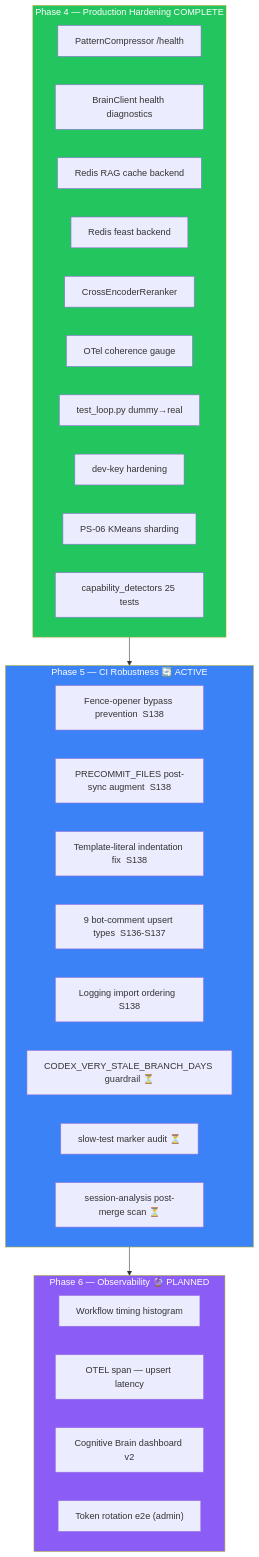
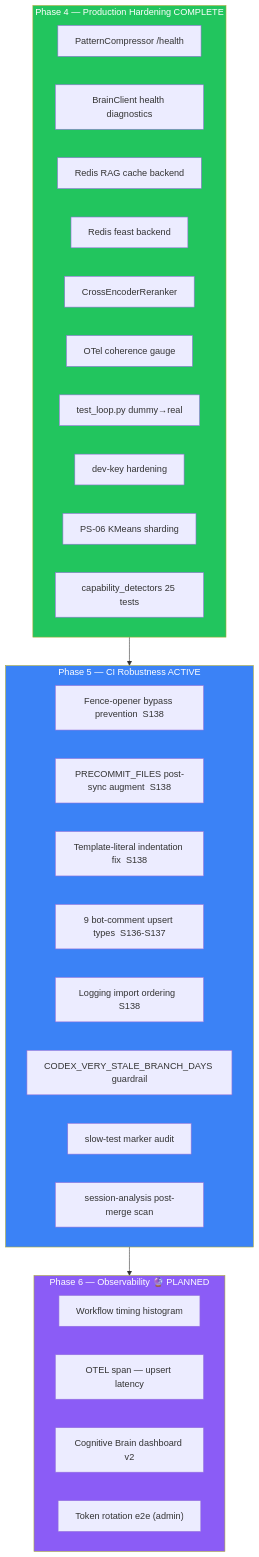
Before and after one commit to Aries-Serpent/_codex_: the diagram in docs/cognitive_brain/DEAD_CODE_IMPROVEMENT_PLAN.md, drawn with Mermaid. The commit also changed other lines of this file and 1989 other files, not shown here.

````diff
--- a/docs/cognitive_brain/DEAD_CODE_IMPROVEMENT_PLAN.md
+++ b/docs/cognitive_brain/DEAD_CODE_IMPROVEMENT_PLAN.md
@@ -174,41 +174,41 @@
 ```mermaid
 %%{init: {'accessibility': {'title': 'Flowchart showing "Phase 4 — Production Hardening  COMPLETE", "PatternCompressor /health "'}}%%
 flowchart TD
     subgraph P4["Phase 4 — Production Hardening  COMPLETE"]
         P4A["PatternCompressor /health "]
         P4B["BrainClient health diagnostics "]
         P4C["Redis RAG cache backend "]
         P4D["Redis feast backend "]
         P4E["CrossEncoderReranker "]
         P4F["OTel coherence gauge "]
         P4G["test_loop.py dummy→real "]
         P4H["dev-key hardening "]
         P4I["PS-06 KMeans sharding "]
         P4J["capability_detectors 25 tests "]
     end
 
-    subgraph P5["Phase 5 — CI Robustness 🔄 ACTIVE"]
+    subgraph P5["Phase 5 — CI Robustness  ACTIVE"]
         P5A["Fence-opener bypass prevention  S138"]
         P5B["PRECOMMIT_FILES post-sync augment  S138"]
         P5C["Template-literal indentation fix  S138"]
         P5D["9 bot-comment upsert types  S136-S137"]
         P5E["Logging import ordering  S138"]
-        P5F["CODEX_VERY_STALE_BRANCH_DAYS guardrail ⏳"]
-        P5G["slow-test marker audit ⏳"]
-        P5H["session-analysis post-merge scan ⏳"]
+        P5F["CODEX_VERY_STALE_BRANCH_DAYS guardrail "]
+        P5G["slow-test marker audit "]
+        P5H["session-analysis post-merge scan "]
     end
 
     subgraph P6["Phase 6 — Observability 🔮 PLANNED"]
         P6A["Workflow timing histogram"]
         P6B["OTEL span — upsert latency"]
         P6C["Cognitive Brain dashboard v2"]
         P6D["Token rotation e2e (admin)"]
     end
 
     P4 --> P5
     P5 --> P6
 
     style P4 fill:#22c55e,color:#fff
     style P5 fill:#3b82f6,color:#fff
     style P6 fill:#8b5cf6,color:#fff
 ```
````
